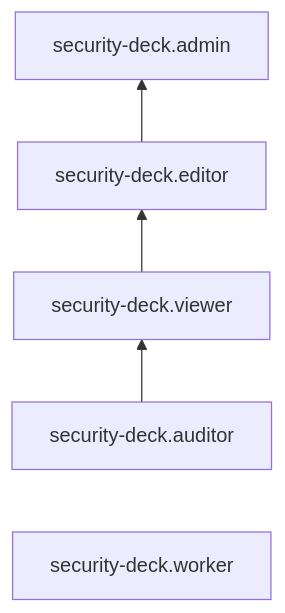
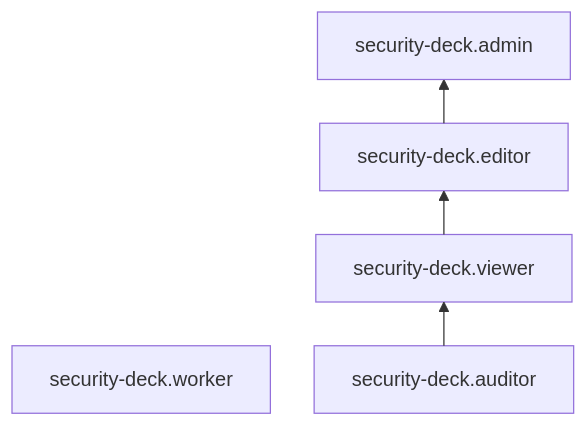
The diagram in en/_mermaid/roles/security-deck-general.md (yandex-cloud/docs), drawn with Mermaid before and after one commit. The commit also changed 4354 other files, not shown here.

````diff
--- a/en/_mermaid/roles/security-deck-general.md
+++ b/en/_mermaid/roles/security-deck-general.md
@@ -1,7 +1,8 @@
 ```mermaid
+%%{init: {"flowchart": {'defaultRenderer': 'elk'}} }%%
 flowchart BT
-    security-deck.worker ~~~ security-deck.auditor
+    security-deck.worker
     security-deck.auditor --> security-deck.viewer
     security-deck.viewer --> security-deck.editor
     security-deck.editor --> security-deck.admin
 ```
````
